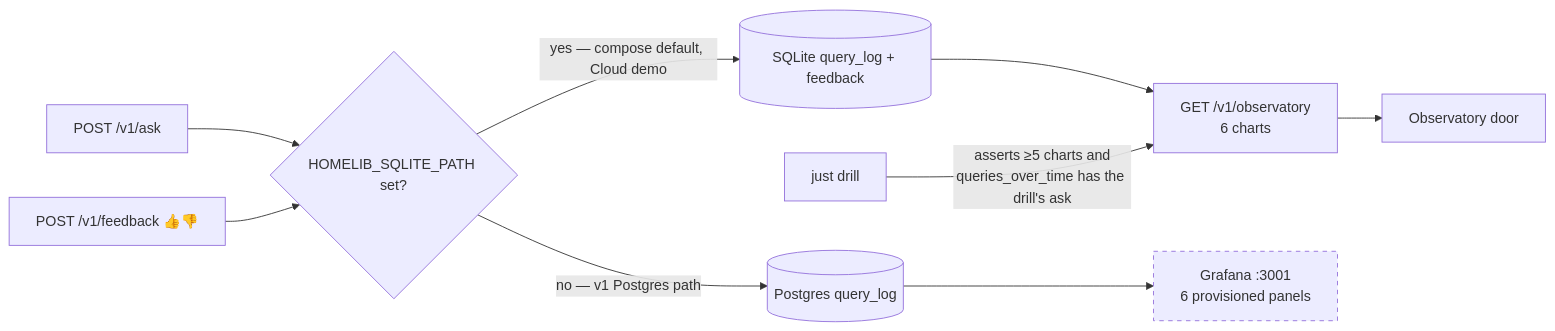
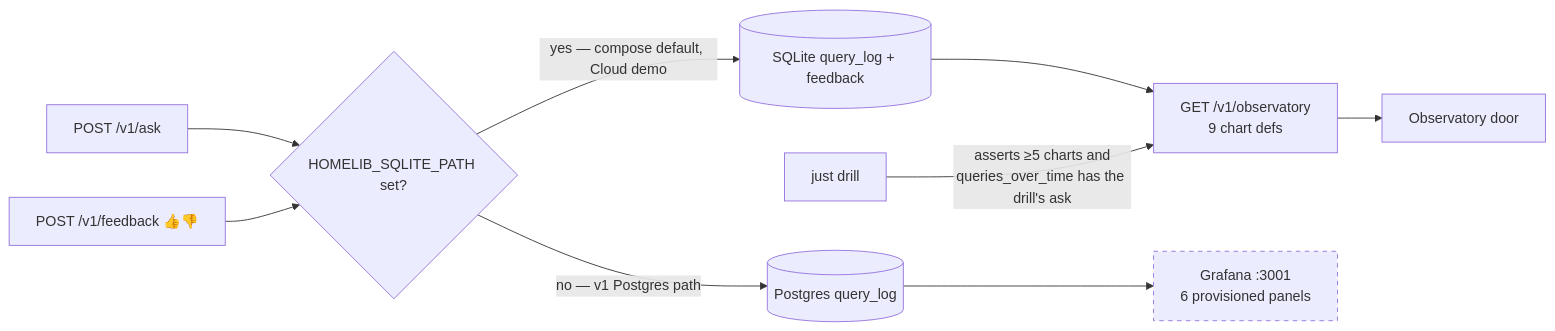
Before and after one commit to elgrassa/homelib: the diagram in docs/wiki/monitoring-and-feedback.md, drawn with Mermaid. The commit also changed other lines of this file and 4 other files, not shown here.

Commit message:
docs: tip Observatory is nine chart defs; Groq pin gpt-oss-20b in gap report

````diff
--- a/docs/wiki/monitoring-and-feedback.md
+++ b/docs/wiki/monitoring-and-feedback.md
@@ -5,12 +5,12 @@
 ```mermaid
 flowchart LR
     Q[POST /v1/ask] --> L{HOMELIB_SQLITE_PATH set?}
     L -->|yes — compose default, Cloud demo| SQ[(SQLite query_log + feedback)]
     L -->|no — v1 Postgres path| PG[(Postgres query_log)]
     FB[POST /v1/feedback 👍👎] --> L
-    SQ --> OBS[GET /v1/observatory<br/>6 charts]
+    SQ --> OBS[GET /v1/observatory<br/>9 chart defs]
     OBS --> DOOR[Observatory door]
     PG --> GRAF[Grafana :3001<br/>6 provisioned panels]
     DRILL[just drill] -->|asserts ≥5 charts and<br/>queries_over_time has the drill's ask| OBS
     style GRAF stroke-dasharray: 5 5
 ```
````
